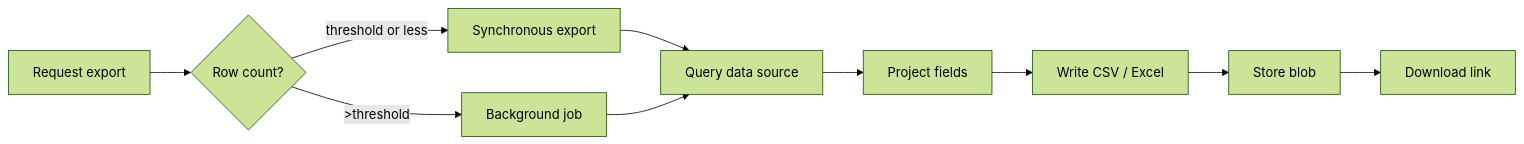
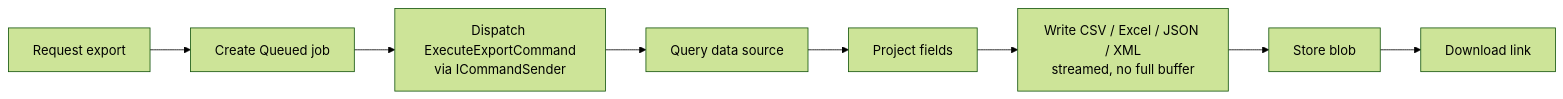
One commit to granit-fx/granit-docs changed the fourth of 4 diagrams in src/content/docs/dotnet/building-blocks/data-exchange.mdx. Above: the diagram before and after it, drawn with Mermaid (forest theme). The commit also changed other lines of this file and 1 other file, not shown here.

First line of the commit message:
docs(dotnet): update Data Exchange page for the module redesign

````diff
--- a/src/content/docs/dotnet/building-blocks/data-exchange.mdx
+++ b/src/content/docs/dotnet/building-blocks/data-exchange.mdx
@@ -373,12 +455,10 @@
 ```mermaid
 flowchart LR
-    A[Request export] --> B{Row count?}
-    B -- "threshold or less" --> C[Synchronous export]
-    B -- ">threshold" --> D[Background job]
-    C --> E[Query data source]
-    D --> E
-    E --> F[Project fields]
-    F --> G[Write CSV / Excel]
-    G --> H[Store blob]
-    H --> I[Download link]
+    A[Request export] --> B[Create Queued job]
+    B --> C["Dispatch ExecuteExportCommand<br/>via ICommandSender"]
+    C --> D[Query data source]
+    D --> E[Project fields]
+    E --> F["Write CSV / Excel / JSON / XML<br/>streamed, no full buffer"]
+    F --> G[Store blob]
+    G --> H[Download link]
 ```
````
